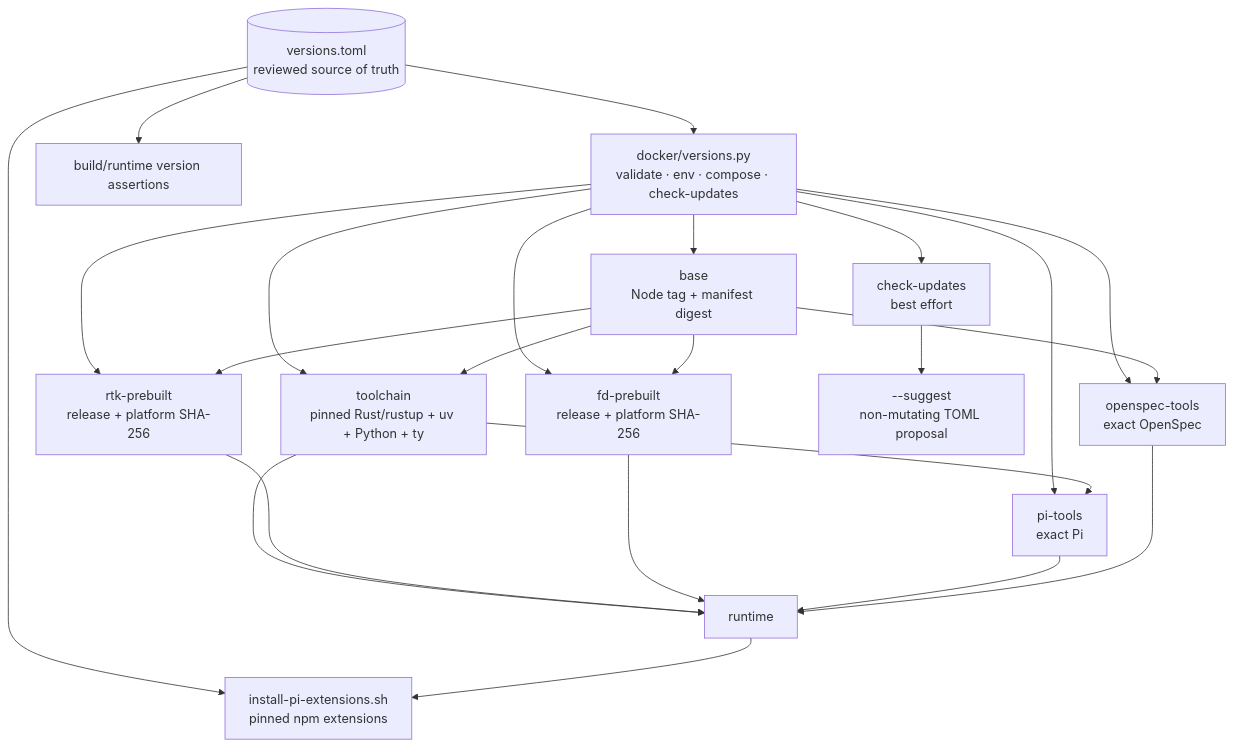
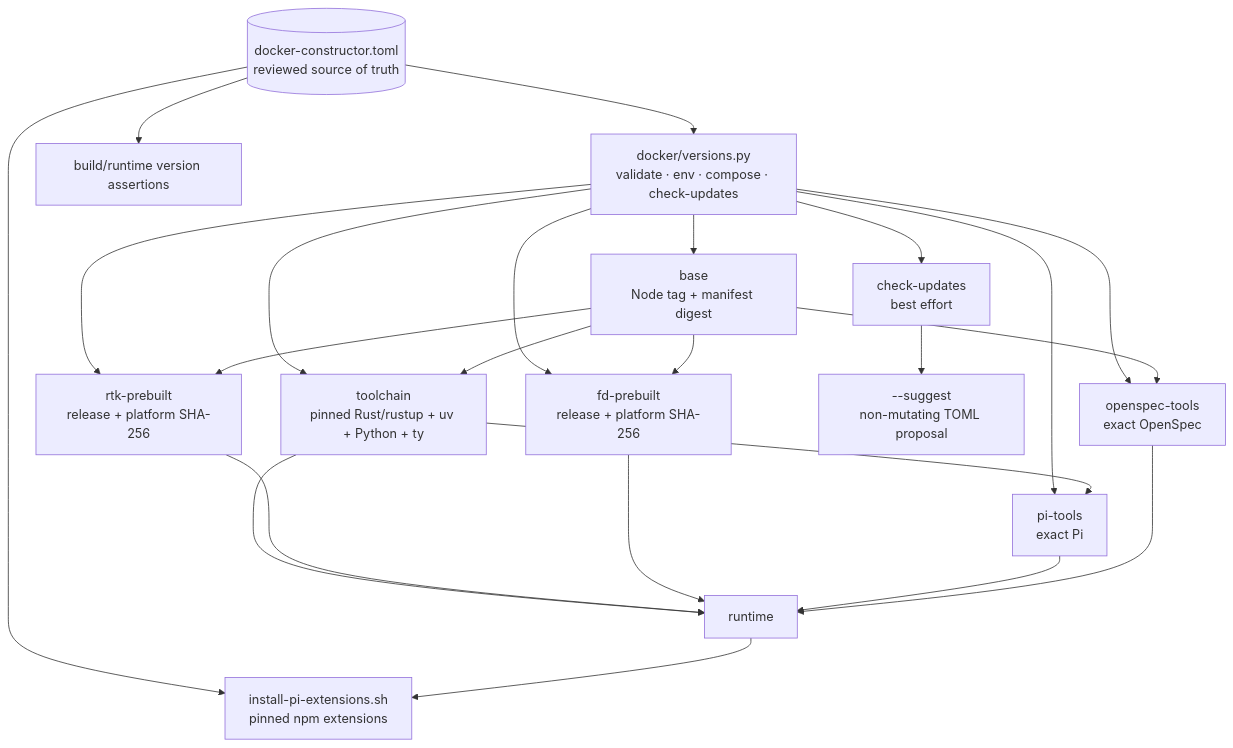
The first of 2 diagrams in openspec/specs/docker-build-reproducibility/spec.md (alexvas/claude-cli-setup), drawn with Mermaid before and after one commit. The commit also changed other lines of this file and 47 other files, not shown here.

First line of the commit message:
Rename Docker inventory to docker-constructor.toml

````diff
--- a/openspec/specs/docker-build-reproducibility/spec.md
+++ b/openspec/specs/docker-build-reproducibility/spec.md
@@ -13,25 +13,25 @@
 ```mermaid
 graph TD
-    INV[(versions.toml<br/>reviewed source of truth)] --> CLI[docker/versions.py<br/>validate · env · compose · check-updates]
+    INV[(docker-constructor.toml<br/>reviewed source of truth)] --> CLI[docker/versions.py<br/>validate · env · compose · check-updates]
     CLI --> B[base<br/>Node tag + manifest digest]
     CLI --> T[toolchain<br/>pinned Rust/rustup + uv + Python + ty]
     CLI --> R[rtk-prebuilt<br/>release + platform SHA-256]
     CLI --> F[fd-prebuilt<br/>release + platform SHA-256]
     CLI --> P[pi-tools<br/>exact Pi]
     CLI --> O[openspec-tools<br/>exact OpenSpec]
     INV --> E[install-pi-extensions.sh<br/>pinned npm extensions]
     INV --> Q[build/runtime version assertions]
     CLI --> U[check-updates<br/>best effort]
     U --> SG[--suggest<br/>non-mutating TOML proposal]
     B --> T
     B --> R
     B --> F
     T --> P
     B --> O
     T --> RT[runtime]
     R --> RT
     F --> RT
     P --> RT
     O --> RT
     RT --> E
 ```
````
